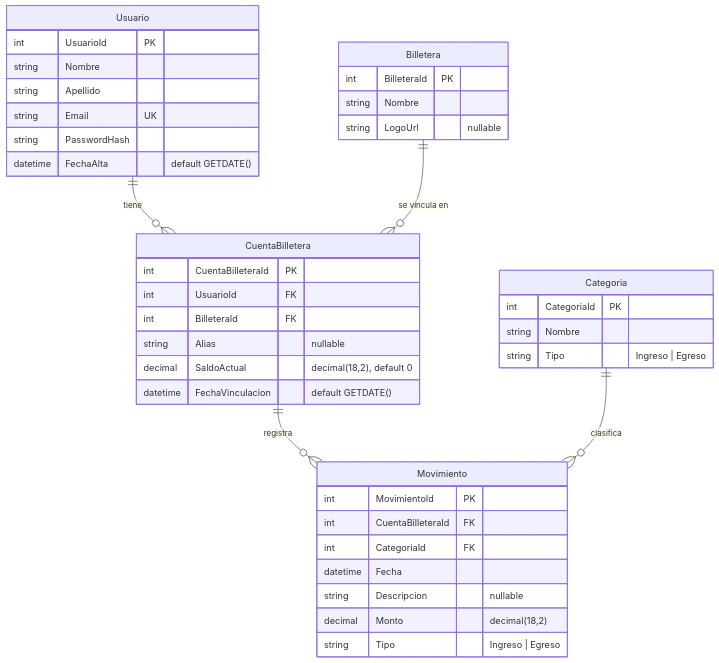
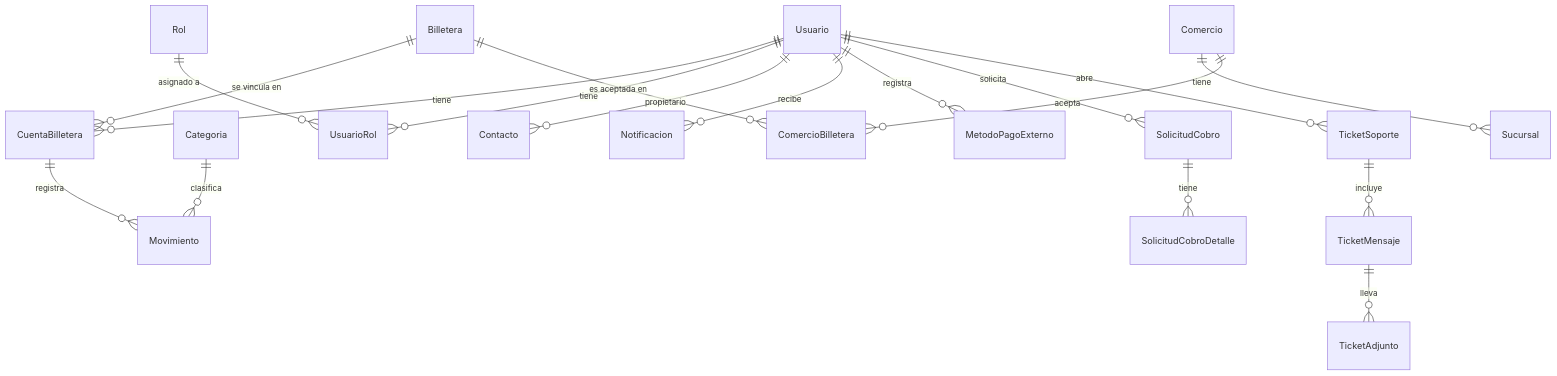
The diagram in README.md (fbarrabino/SAOT), drawn with Mermaid before and after one commit. The commit also changed other lines of this file, not shown here.

First line of the commit message:
docs(readme): actualizar README al estado actual del proyecto

````diff
--- a/README.md
+++ b/README.md
@@ -103,43 +133,20 @@
 ```mermaid
 erDiagram
     Usuario          ||--o{ CuentaBilletera : "tiene"
     Billetera        ||--o{ CuentaBilletera : "se vincula en"
     CuentaBilletera  ||--o{ Movimiento      : "registra"
     Categoria        ||--o{ Movimiento      : "clasifica"
-
-    Usuario {
-        int      UsuarioId    PK
-        string   Nombre
-        string   Apellido
-        string   Email        UK
-        string   PasswordHash
-        datetime FechaAlta    "default GETDATE()"
-    }
-    Billetera {
-        int    BilleteraId PK
-        string Nombre
-        string LogoUrl     "nullable"
-    }
-    CuentaBilletera {
-        int      CuentaBilleteraId PK
-        int      UsuarioId         FK
-        int      BilleteraId       FK
-        string   Alias             "nullable"
-        decimal  SaldoActual       "decimal(18,2), default 0"
-        datetime FechaVinculacion  "default GETDATE()"
-    }
-    Categoria {
-        int    CategoriaId PK
-        string Nombre
-        string Tipo        "Ingreso | Egreso"
-    }
-    Movimiento {
-        int      MovimientoId      PK
-        int      CuentaBilleteraId FK
-        int      CategoriaId       FK
-        datetime Fecha
-        string   Descripcion       "nullable"
-        decimal  Monto             "decimal(18,2)"
-        string   Tipo              "Ingreso | Egreso"
-    }
+    Usuario          ||--o{ UsuarioRol      : "tiene"
+    Rol              ||--o{ UsuarioRol      : "asignado a"
+    Usuario          ||--o{ Contacto        : "propietario"
+    Usuario          ||--o{ Notificacion    : "recibe"
+    Usuario          ||--o{ MetodoPagoExterno : "registra"
+    Comercio         ||--o{ Sucursal        : "tiene"
+    Comercio         ||--o{ ComercioBilletera : "acepta"
+    Billetera        ||--o{ ComercioBilletera : "es aceptada en"
+    Usuario          ||--o{ SolicitudCobro      : "solicita"
+    SolicitudCobro   ||--o{ SolicitudCobroDetalle : "tiene"
+    Usuario          ||--o{ TicketSoporte    : "abre"
+    TicketSoporte    ||--o{ TicketMensaje    : "incluye"
+    TicketMensaje    ||--o{ TicketAdjunto    : "lleva"
 ```
````
